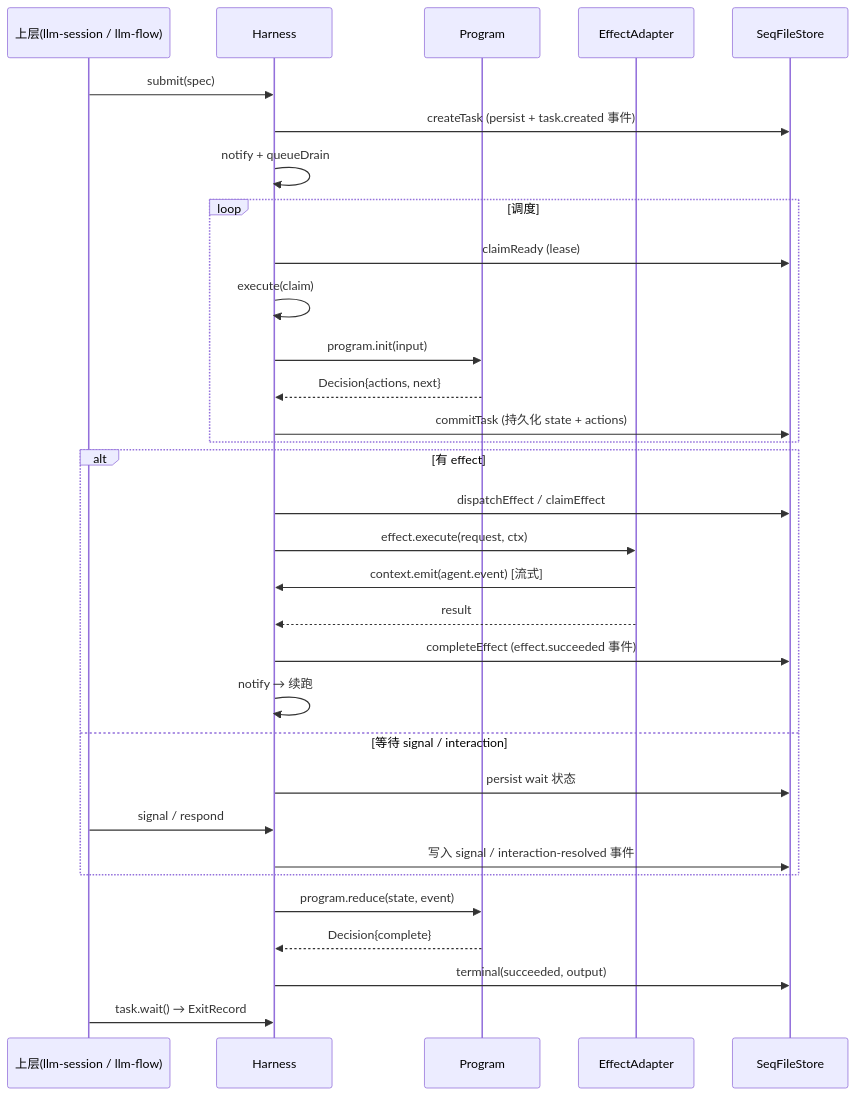
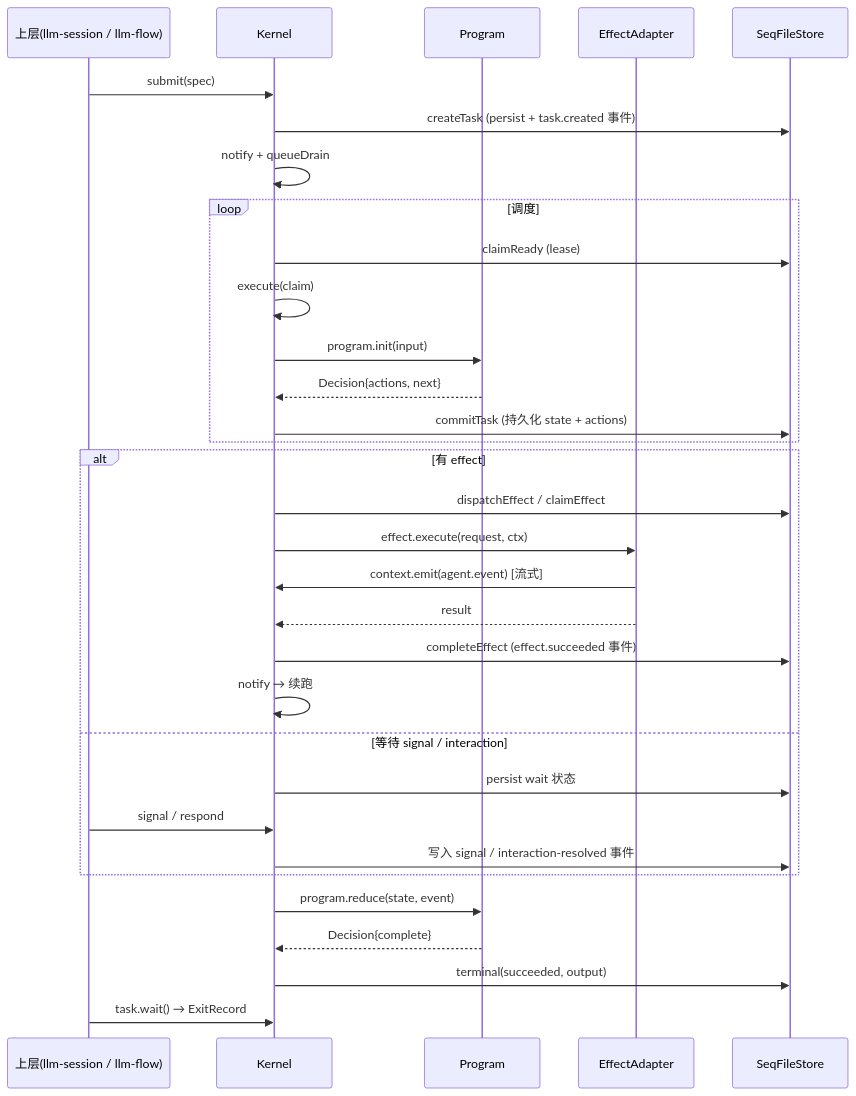
Before and after one commit to mushuanli/itookit: the seventh of 9 diagrams in doc/feat/harness-design.md, drawn with Mermaid. The commit also changed other lines of this file and 474 other files, not shown here.

````diff
--- a/doc/feat/harness-design.md
+++ b/doc/feat/harness-design.md
@@ -273,35 +273,35 @@
 ```mermaid
 sequenceDiagram
   participant UI as 上层(llm-session / llm-flow)
-  participant H as Harness
+  participant H as Kernel
   participant P as Program
   participant E as EffectAdapter
   participant S as SeqFileStore
 
   UI->>H: submit(spec)
   H->>S: createTask (persist + task.created 事件)
   H->>H: notify + queueDrain
   loop 调度
     H->>S: claimReady (lease)
     H->>H: execute(claim)
     H->>P: program.init(input)
     P-->>H: Decision{actions, next}
     H->>S: commitTask (持久化 state + actions)
   end
   alt 有 effect
     H->>S: dispatchEffect / claimEffect
     H->>E: effect.execute(request, ctx)
     E->>H: context.emit(agent.event)  [流式]
     E-->>H: result
     H->>S: completeEffect (effect.succeeded 事件)
     H->>H: notify → 续跑
   else 等待 signal / interaction
     H->>S: persist wait 状态
     UI->>H: signal / respond
     H->>S: 写入 signal / interaction-resolved 事件
   end
   H->>P: program.reduce(state, event)
   P-->>H: Decision{complete}
   H->>S: terminal(succeeded, output)
   UI->>H: task.wait() → ExitRecord
 ```
````
